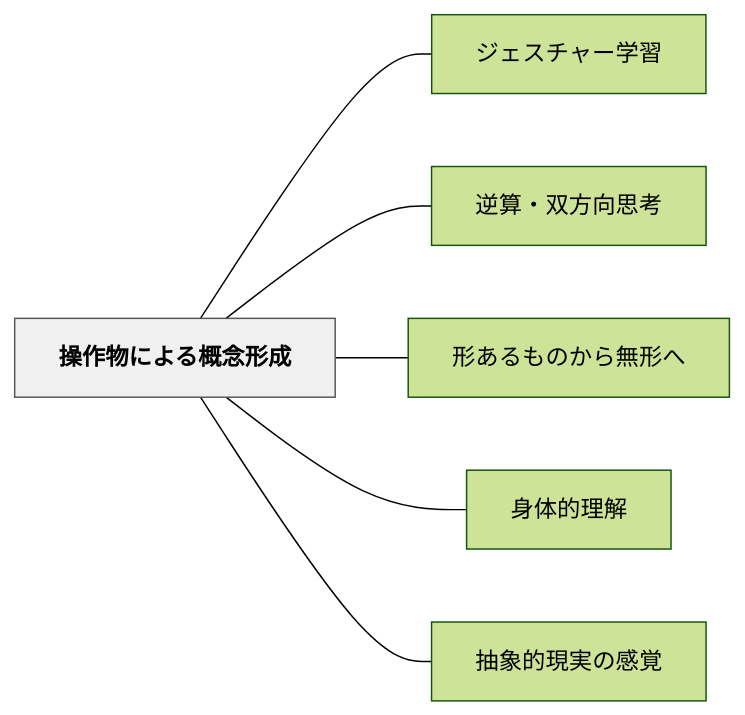
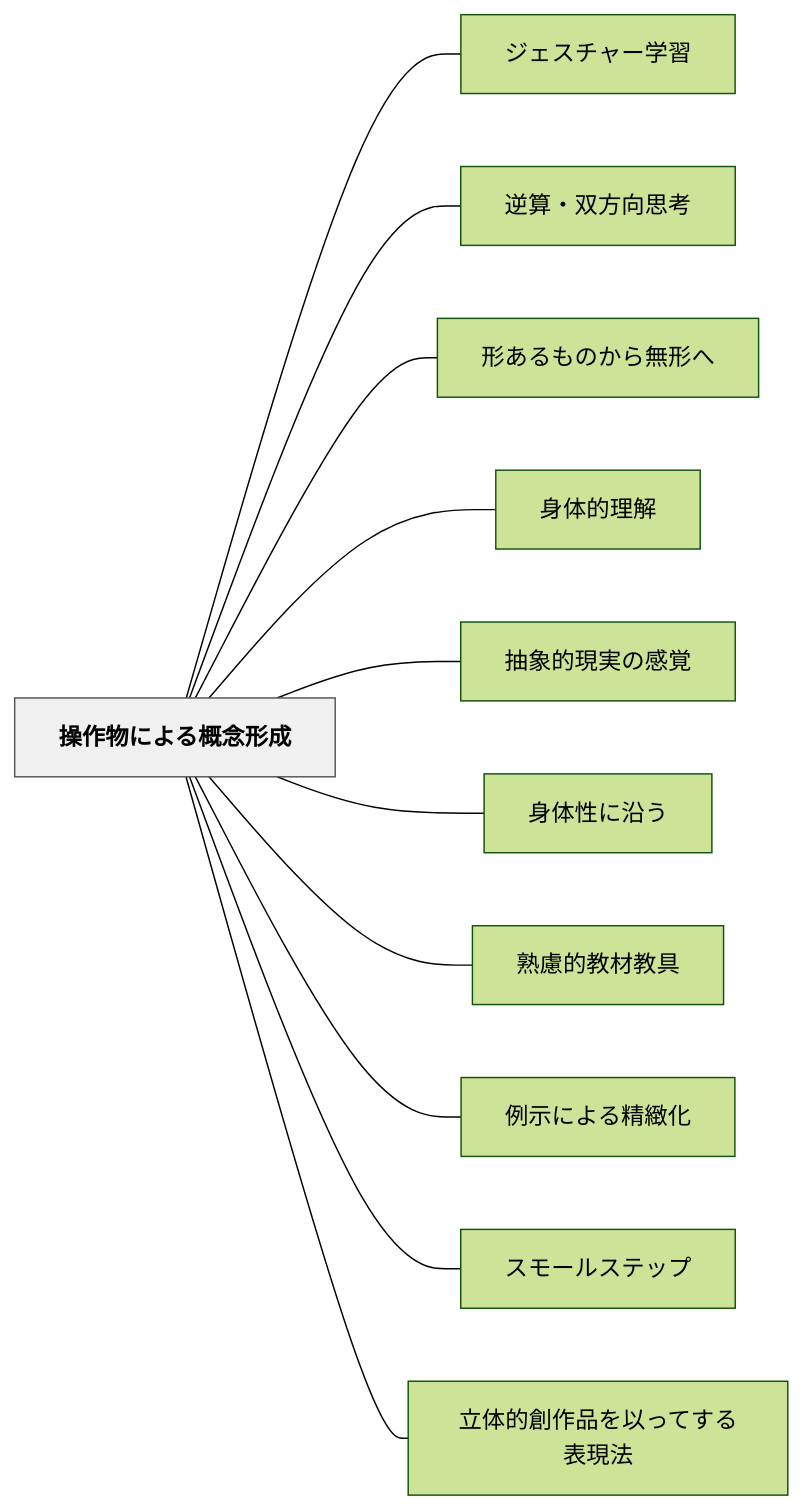
Before and after one commit to unknownthings-ed-patterns/unknownthings-ed-patterns: the diagram in content/パタン/操作物による概念形成.md, drawn with Mermaid (forest theme). The commit also changed other lines of this file and 100 other files, not shown here.

````diff
--- a/content/パタン/操作物による概念形成.md
+++ b/content/パタン/操作物による概念形成.md
@@ -51,18 +51,28 @@
 ```mermaid
 flowchart LR
     ne6938de4bd9ce789a9e381abe38288e3828be6a682e5bfb5e5bda2e68890["操作物による概念形成"]
     ne382b8e382a7e382b9e38381e383a3e383bce5ada6e7bf92["ジェスチャー学習"]
     ne98086e7ae97e383bbe58f8ce696b9e59091e6809de88083["逆算・双方向思考"]
     ne5bda2e38182e3828be38282e381aee3818be38289e784a1e5bda2e381b8["形あるものから無形へ"]
     ne8baabe4bd93e79a84e79086e8a7a3["身体的理解"]
     ne68abde8b1a1e79a84e78fbee5ae9fe381aee6849fe8a69a["抽象的現実の感覚"]
+    ne8baabe4bd93e680a7e381abe6b2bfe38186["身体性に沿う"]
+    ne7869fe685aee79a84e69599e69d90e69599e585b7["熟慮的教材教具"]
+    ne4be8be7a4bae381abe38288e3828be7b2bee7b7bbe58c96["例示による精緻化"]
+    ne382b9e383a2e383bce383abe382b9e38386e38383e38397["スモールステップ"]
+    ne7ab8be4bd93e79a84e589b5e4bd9ce59381e38292e4bba5e381a3e381a6e38199e3828be8a1a8e78fbee6b395["立体的創作品を以ってする表現法"]
 
     ne6938de4bd9ce789a9e381abe38288e3828be6a682e5bfb5e5bda2e68890 --- ne382b8e382a7e382b9e38381e383a3e383bce5ada6e7bf92
     ne6938de4bd9ce789a9e381abe38288e3828be6a682e5bfb5e5bda2e68890 --- ne98086e7ae97e383bbe58f8ce696b9e59091e6809de88083
     ne6938de4bd9ce789a9e381abe38288e3828be6a682e5bfb5e5bda2e68890 --- ne5bda2e38182e3828be38282e381aee3818be38289e784a1e5bda2e381b8
     ne6938de4bd9ce789a9e381abe38288e3828be6a682e5bfb5e5bda2e68890 --- ne8baabe4bd93e79a84e79086e8a7a3
     ne6938de4bd9ce789a9e381abe38288e3828be6a682e5bfb5e5bda2e68890 --- ne68abde8b1a1e79a84e78fbee5ae9fe381aee6849fe8a69a
+    ne6938de4bd9ce789a9e381abe38288e3828be6a682e5bfb5e5bda2e68890 --- ne8baabe4bd93e680a7e381abe6b2bfe38186
+    ne6938de4bd9ce789a9e381abe38288e3828be6a682e5bfb5e5bda2e68890 --- ne7869fe685aee79a84e69599e69d90e69599e585b7
+    ne6938de4bd9ce789a9e381abe38288e3828be6a682e5bfb5e5bda2e68890 --- ne4be8be7a4bae381abe38288e3828be7b2bee7b7bbe58c96
+    ne6938de4bd9ce789a9e381abe38288e3828be6a682e5bfb5e5bda2e68890 --- ne382b9e383a2e383bce383abe382b9e38386e38383e38397
+    ne6938de4bd9ce789a9e381abe38288e3828be6a682e5bfb5e5bda2e68890 --- ne7ab8be4bd93e79a84e589b5e4bd9ce59381e38292e4bba5e381a3e381a6e38199e3828be8a1a8e78fbee6b395
 
     classDef hub fill:#f0f0f0,stroke:#555,color:#000,font-weight:bold
     class ne6938de4bd9ce789a9e381abe38288e3828be6a682e5bfb5e5bda2e68890 hub
 ```
````
